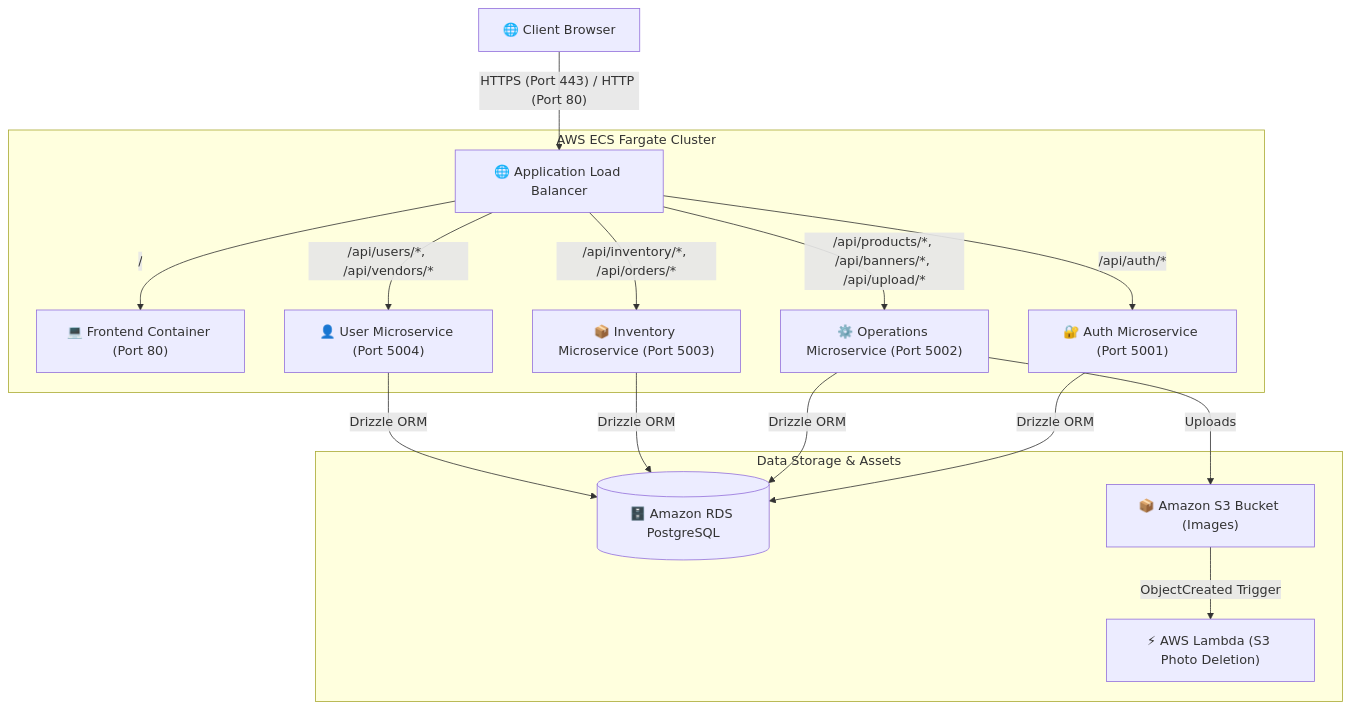
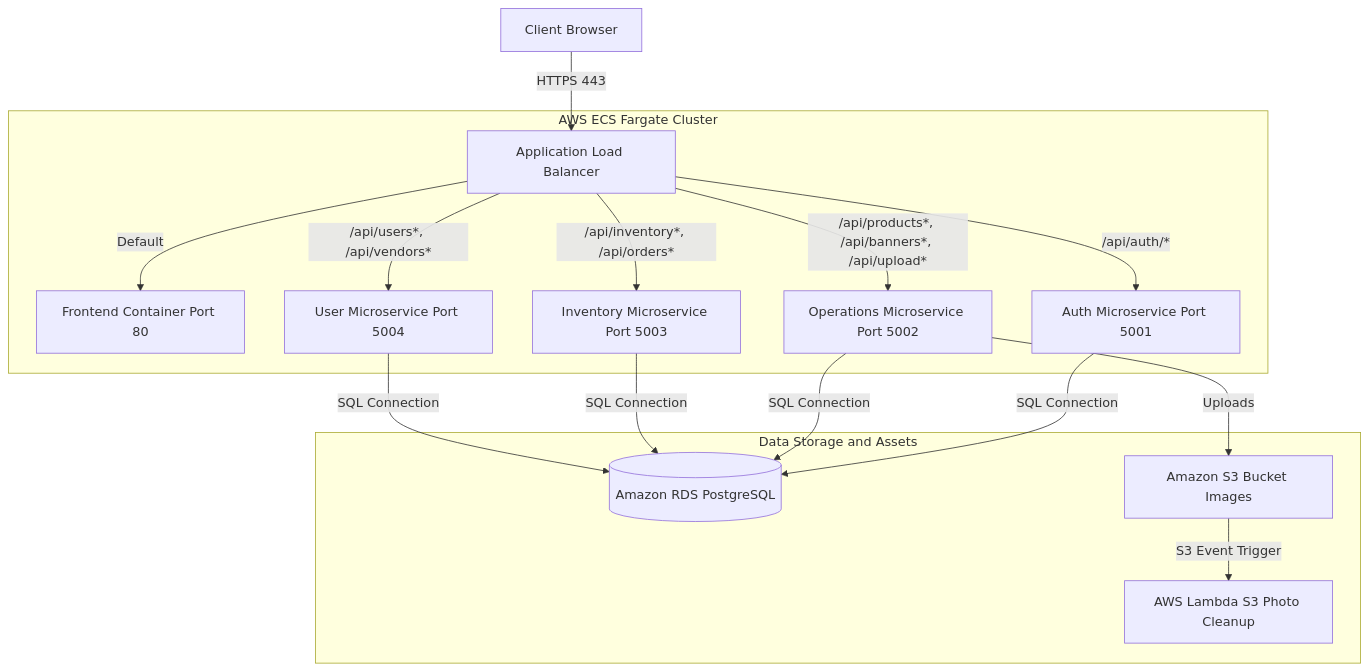
One commit to valivarthi007/sunotal_fullstk changed the diagram in docs/architecture.md. Above: the diagram before and after it, drawn with Mermaid. The commit also changed 14 other files, not shown here.

Commit message:
docs: fix mermaid architecture diagram syntax across all documentation files

````diff
--- a/docs/architecture.md
+++ b/docs/architecture.md
@@ -9,21 +9,21 @@
 ```mermaid
 graph TD
-    Client["🌐 Client Browser"] -->|"HTTPS (Port 443) / HTTP (Port 80)"| ALB["🌐 Application Load Balancer"]
+    Client["Client Browser"] -->|"HTTPS 443"| ALB["Application Load Balancer"]
     
-    subgraph "AWS ECS Fargate Cluster"
-        ALB -->|/| FE["💻 Frontend Container (Port 80)"]
-        ALB -->|/api/auth/*| AUTH["🔐 Auth Microservice (Port 5001)"]
-        ALB -->|/api/products/*, /api/banners/*, /api/upload/*| OPS["⚙️ Operations Microservice (Port 5002)"]
-        ALB -->|/api/inventory/*, /api/orders/*| INV["📦 Inventory Microservice (Port 5003)"]
-        ALB -->|/api/users/*, /api/vendors/*| USR["👤 User Microservice (Port 5004)"]
+    subgraph FargateCluster["AWS ECS Fargate Cluster"]
+        ALB -->|"Default"| FE["Frontend Container Port 80"]
+        ALB -->|"/api/auth/*"| AUTH["Auth Microservice Port 5001"]
+        ALB -->|"/api/products*, /api/banners*, /api/upload*"| OPS["Operations Microservice Port 5002"]
+        ALB -->|"/api/inventory*, /api/orders*"| INV["Inventory Microservice Port 5003"]
+        ALB -->|"/api/users*, /api/vendors*"| USR["User Microservice Port 5004"]
     end
 
-    subgraph "Data Storage & Assets"
-        AUTH -->|Drizzle ORM| DB[("🗄️ Amazon RDS PostgreSQL")]
-        OPS -->|Drizzle ORM| DB
-        INV -->|Drizzle ORM| DB
-        USR -->|Drizzle ORM| DB
-        OPS -->|Uploads| S3["📦 Amazon S3 Bucket (Images)"]
-        S3 -->|ObjectCreated Trigger| Lambda["⚡ AWS Lambda (S3 Photo Deletion)"]
+    subgraph DataStorage["Data Storage and Assets"]
+        AUTH -->|"SQL Connection"| DB[("Amazon RDS PostgreSQL")]
+        OPS -->|"SQL Connection"| DB
+        INV -->|"SQL Connection"| DB
+        USR -->|"SQL Connection"| DB
+        OPS -->|"Uploads"| S3["Amazon S3 Bucket Images"]
+        S3 -->|"S3 Event Trigger"| Lambda["AWS Lambda S3 Photo Cleanup"]
     end
 ```
````
